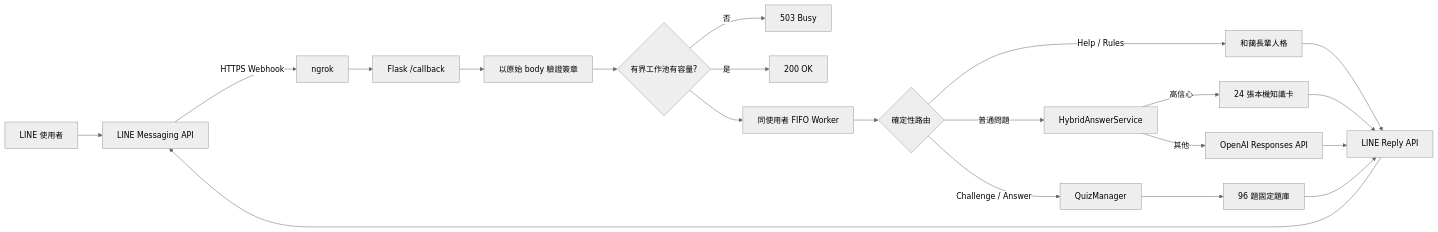
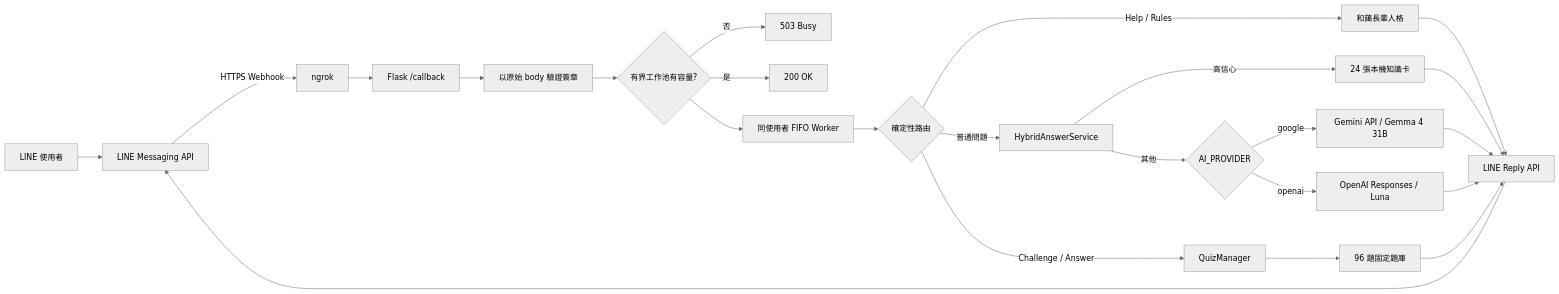
Before and after one commit to Gale0418/SFLINE_BOT: the diagram in docs/architecture.md, drawn with Mermaid (neutral theme). The commit also changed other lines of this file and 21 other files, not shown here.

````diff
--- a/docs/architecture.md
+++ b/docs/architecture.md
@@ -15,23 +32,26 @@
 ```mermaid
 flowchart LR
     U[LINE 使用者] --> L[LINE Messaging API]
     L -->|HTTPS Webhook| N[ngrok]
     N --> F[Flask /callback]
     F --> V[以原始 body 驗證簽章]
     V --> Q{有界工作池有容量?}
     Q -->|否| R503[503 Busy]
     Q -->|是| ACK[200 OK]
     Q --> W[同使用者 FIFO Worker]
     W --> D{確定性路由}
     D -->|Help / Rules| P[和藹長輩人格]
     D -->|Challenge / Answer| Z[QuizManager]
     D -->|普通問題| H[HybridAnswerService]
     H -->|高信心| K[24 張本機知識卡]
-    H -->|其他| O[OpenAI Responses API]
+    H -->|其他| S{AI_PROVIDER}
+    S -->|google| G[Gemini API / Gemma 4 31B]
+    S -->|openai| O[OpenAI Responses / Luna]
     Z --> B[96 題固定題庫]
     P --> X[LINE Reply API]
     K --> X
+    G --> X
     O --> X
     B --> X
     X --> L
 ```
````
